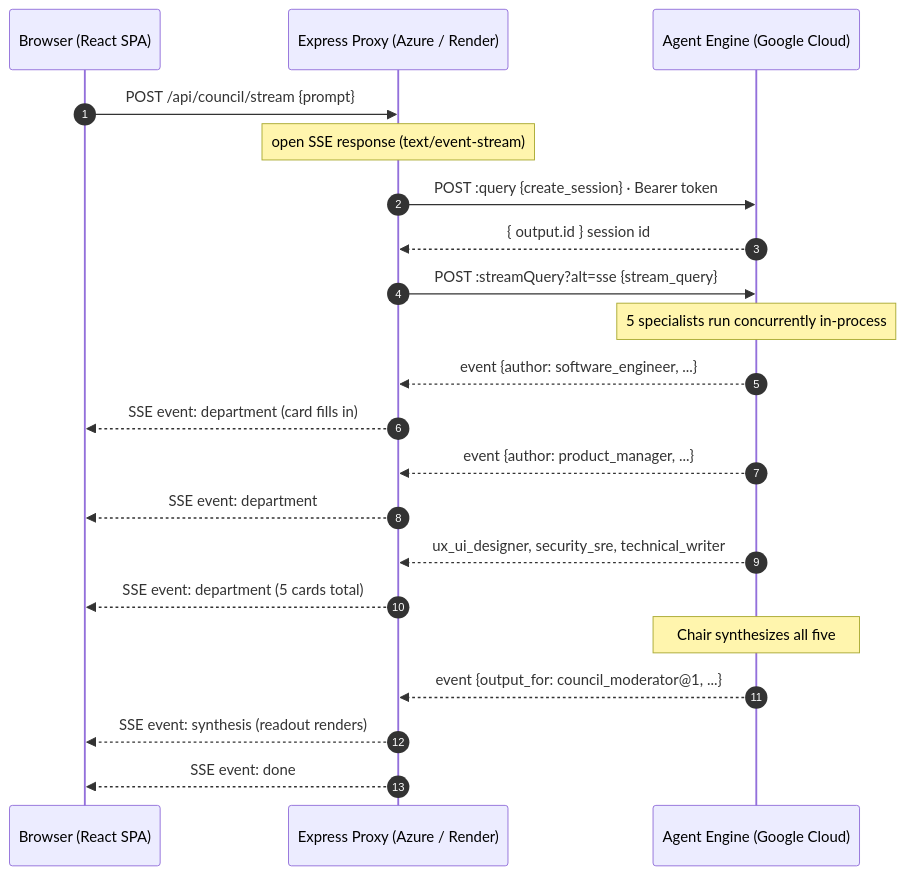
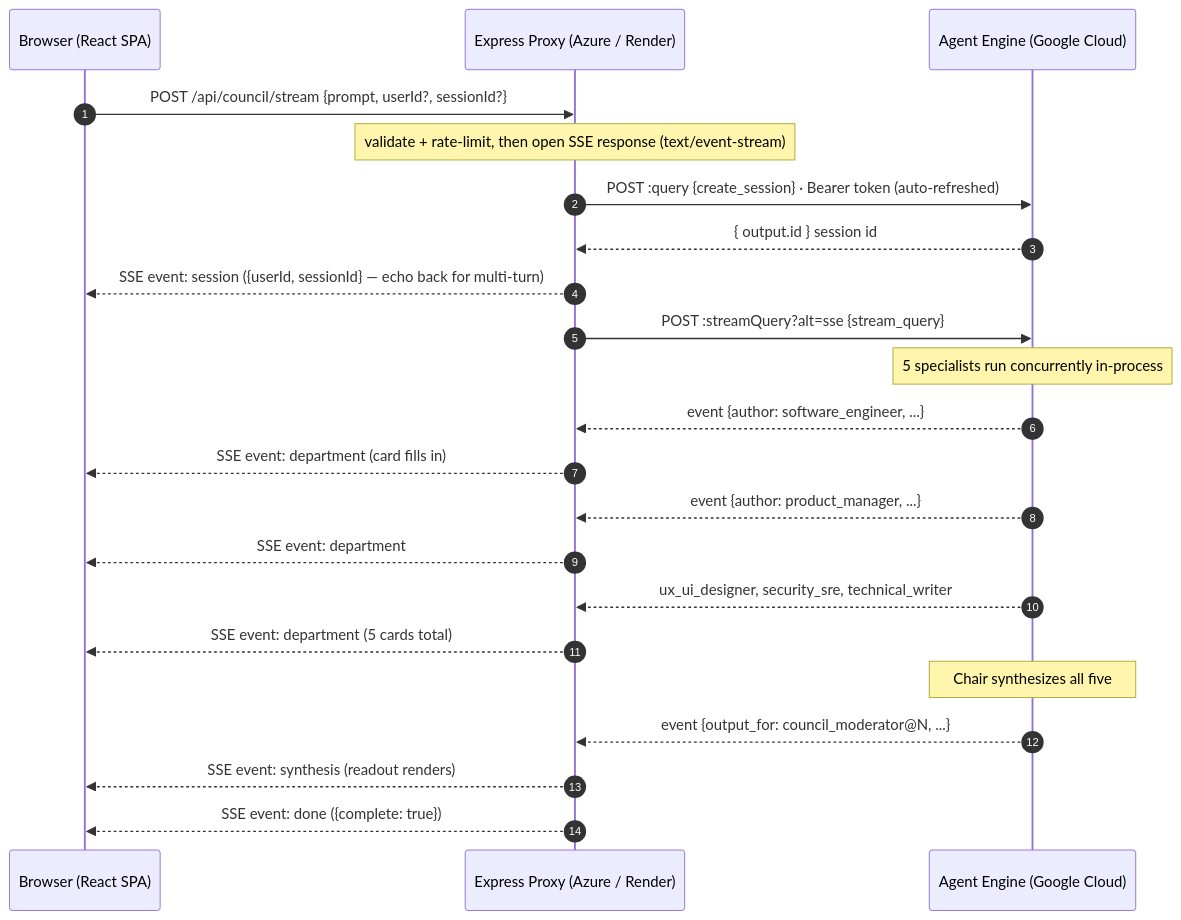
The second of 3 diagrams in ARCHITECTURE.md (simonraj79/council-frontend-render-test), drawn with Mermaid before and after one commit. The commit also changed other lines of this file and 12 other files, not shown here.

````diff
--- a/ARCHITECTURE.md
+++ b/ARCHITECTURE.md
@@ -55,24 +55,25 @@
 ```mermaid
 sequenceDiagram
     autonumber
     participant B as Browser (React SPA)
     participant P as Express Proxy (Azure / Render)
     participant A as Agent Engine (Google Cloud)
 
-    B->>P: POST /api/council/stream {prompt}
-    Note over P: open SSE response (text/event-stream)
-    P->>A: POST :query {create_session}  ·  Bearer token
+    B->>P: POST /api/council/stream {prompt, userId?, sessionId?}
+    Note over P: validate + rate-limit, then open SSE response (text/event-stream)
+    P->>A: POST :query {create_session}  ·  Bearer token (auto-refreshed)
     A-->>P: { output.id }  session id
+    P-->>B: SSE event: session   ({userId, sessionId} — echo back for multi-turn)
     P->>A: POST :streamQuery?alt=sse {stream_query}
     Note over A: 5 specialists run concurrently in-process
     A-->>P: event {author: software_engineer, ...}
     P-->>B: SSE event: department   (card fills in)
     A-->>P: event {author: product_manager, ...}
     P-->>B: SSE event: department
     A-->>P: ux_ui_designer, security_sre, technical_writer
     P-->>B: SSE event: department   (5 cards total)
     Note over A: Chair synthesizes all five
-    A-->>P: event {output_for: council_moderator@1, ...}
+    A-->>P: event {output_for: council_moderator@N, ...}
     P-->>B: SSE event: synthesis   (readout renders)
-    P-->>B: SSE event: done
+    P-->>B: SSE event: done   ({complete: true})
 ```
````
